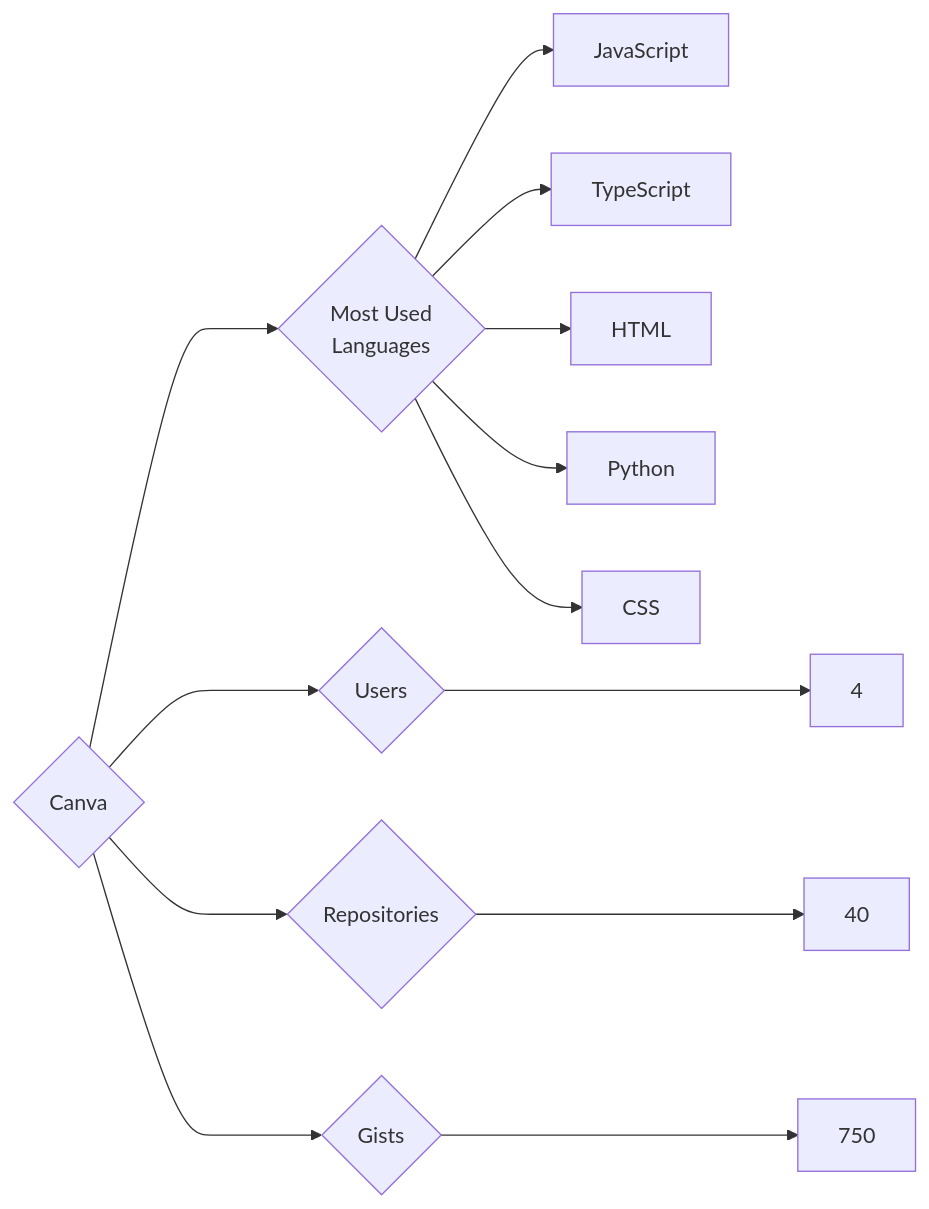
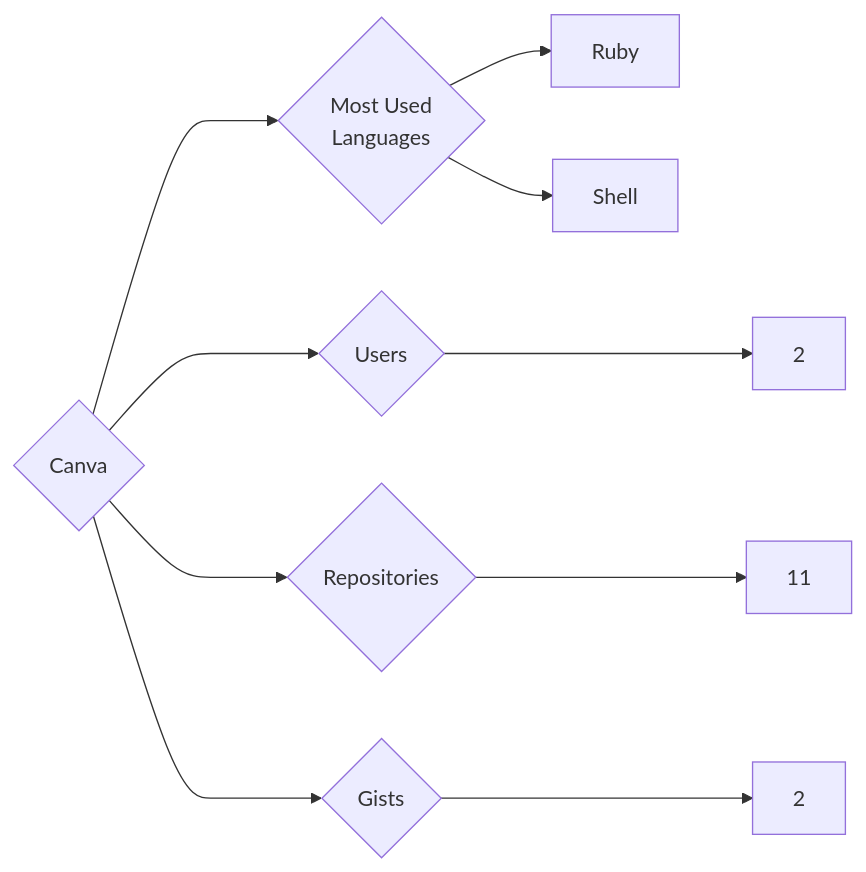
The diagram in targets/Canva/README.md (trickest/insiders), drawn with Mermaid before and after one commit. The commit also changed 840 other files, not shown here.

````diff
--- a/targets/Canva/README.md
+++ b/targets/Canva/README.md
@@ -3,13 +3,10 @@
 ```mermaid
 graph LR
 COMPANY_NAME{Canva}
-COMPANY_NAME ---> U{Users} ---> UN[4]
-COMPANY_NAME ---> R{Repositories} ---> RN[40]
-COMPANY_NAME ---> G{Gists} ---> GN[750]
+COMPANY_NAME ---> U{Users} ---> UN[2]
+COMPANY_NAME ---> R{Repositories} ---> RN[11]
+COMPANY_NAME ---> G{Gists} ---> GN[2]
 COMPANY_NAME ---> ML{Most Used<br>Languages}
-ML --> JavaScript[JavaScript]
-ML --> TypeScript[TypeScript]
-ML --> HTML[HTML]
-ML --> Python[Python]
-ML --> CSS[CSS]
+ML --> Ruby[Ruby]
+ML --> Shell[Shell]
 ```
````
